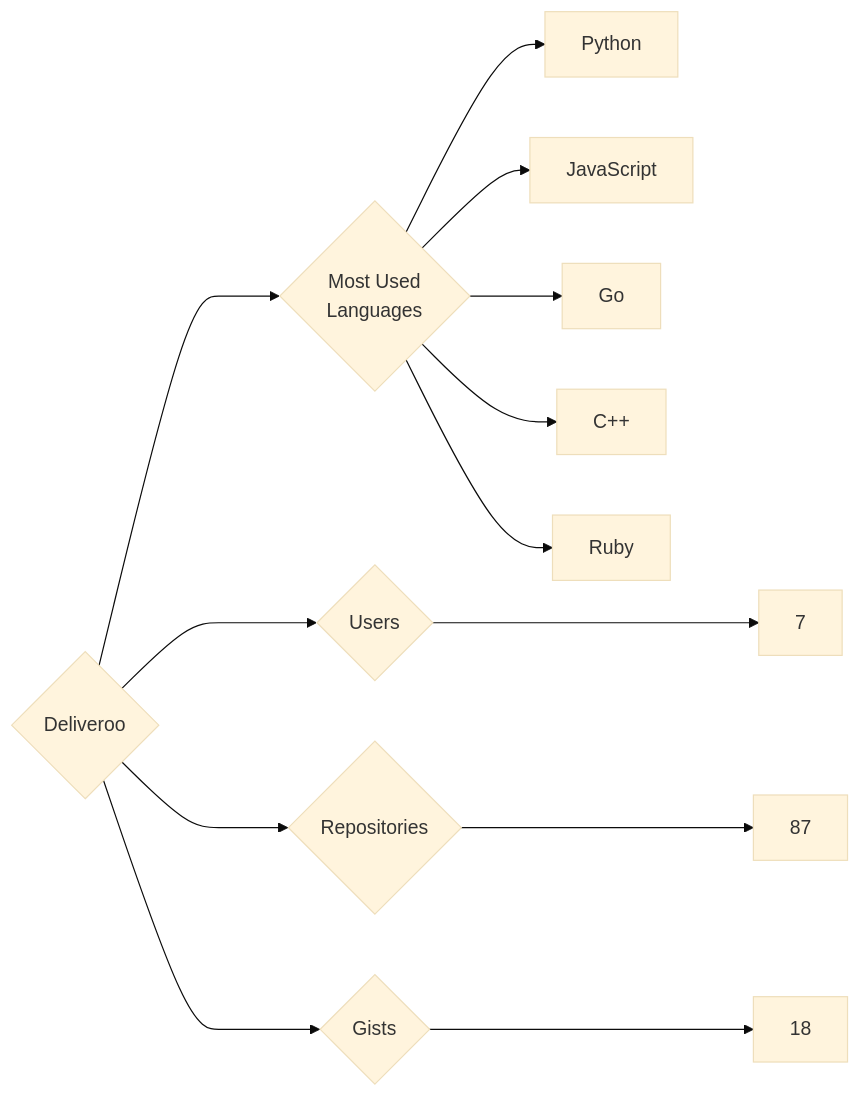
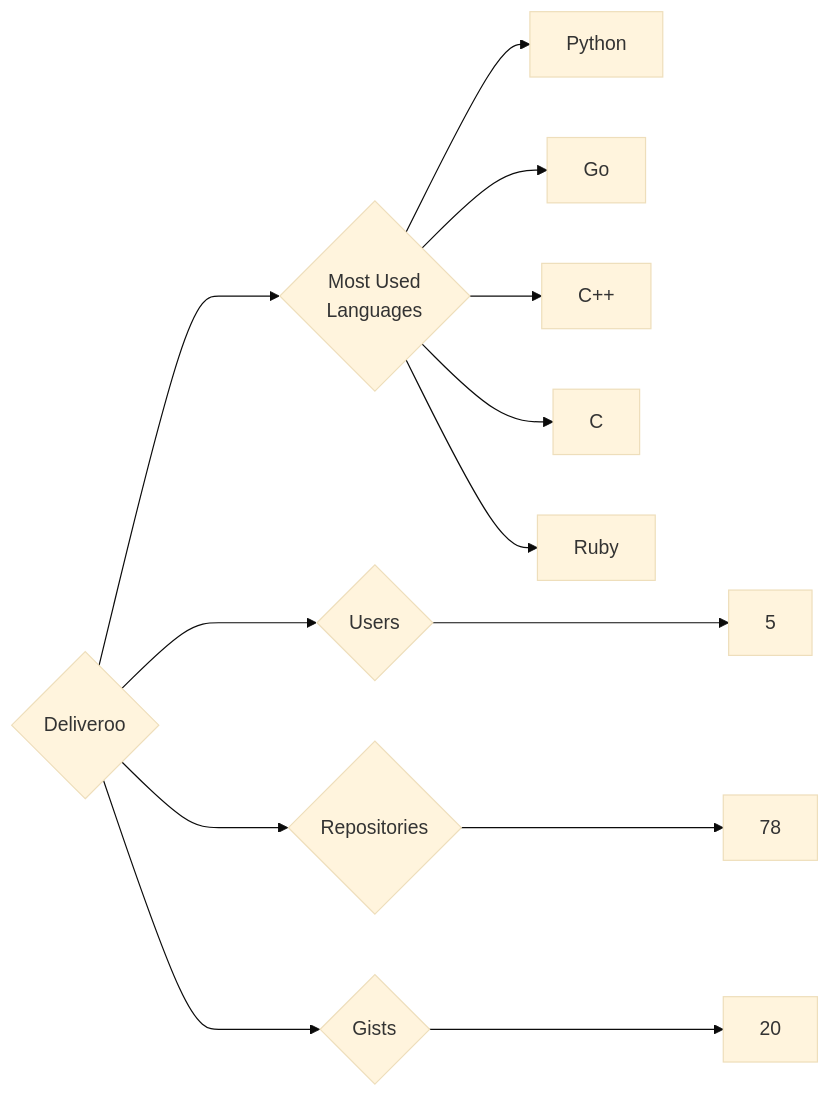
The diagram in targets/Deliveroo/README.md (trickest/insiders), drawn with Mermaid (base theme) before and after one commit. The commit also changed 1084 other files, not shown here.

````diff
--- a/targets/Deliveroo/README.md
+++ b/targets/Deliveroo/README.md
@@ -3,13 +3,13 @@
 ```mermaid
 graph LR
 COMPANY_NAME{Deliveroo}
-COMPANY_NAME ---> U{Users} ---> UN[7]
-COMPANY_NAME ---> R{Repositories} ---> RN[87]
-COMPANY_NAME ---> G{Gists} ---> GN[18]
+COMPANY_NAME ---> U{Users} ---> UN[5]
+COMPANY_NAME ---> R{Repositories} ---> RN[78]
+COMPANY_NAME ---> G{Gists} ---> GN[20]
 COMPANY_NAME ---> ML{Most Used<br>Languages}
 ML --> Python[Python]
-ML --> JavaScript[JavaScript]
 ML --> Go[Go]
 ML --> C++[C++]
+ML --> C[C]
 ML --> Ruby[Ruby]
 ```
````
